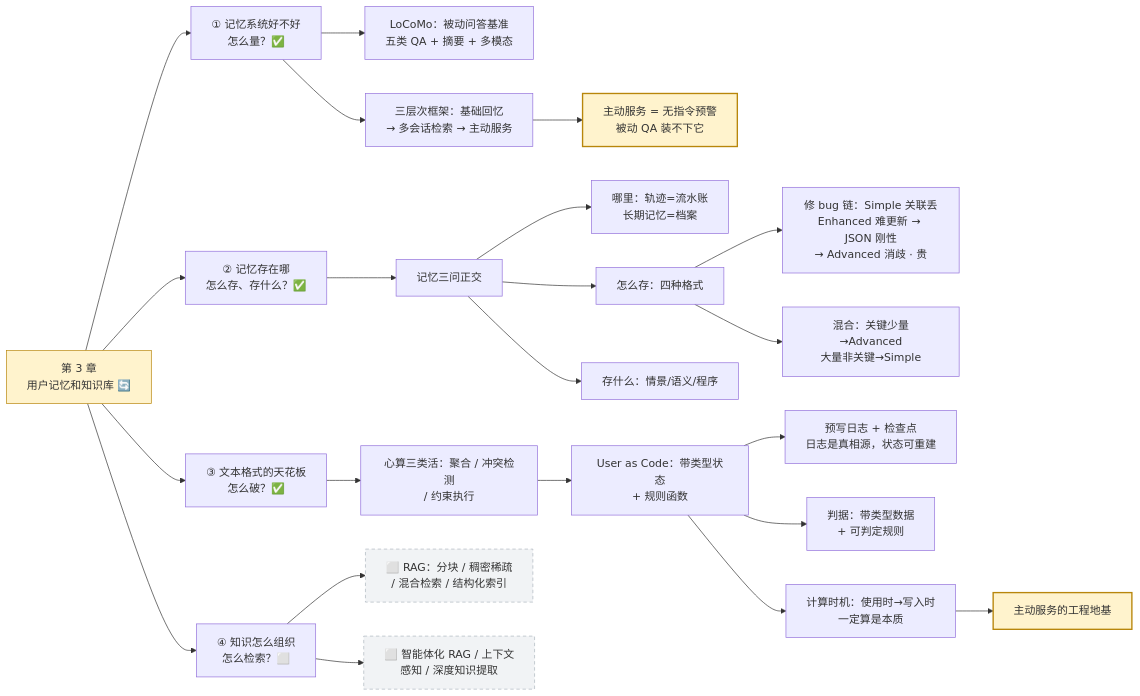
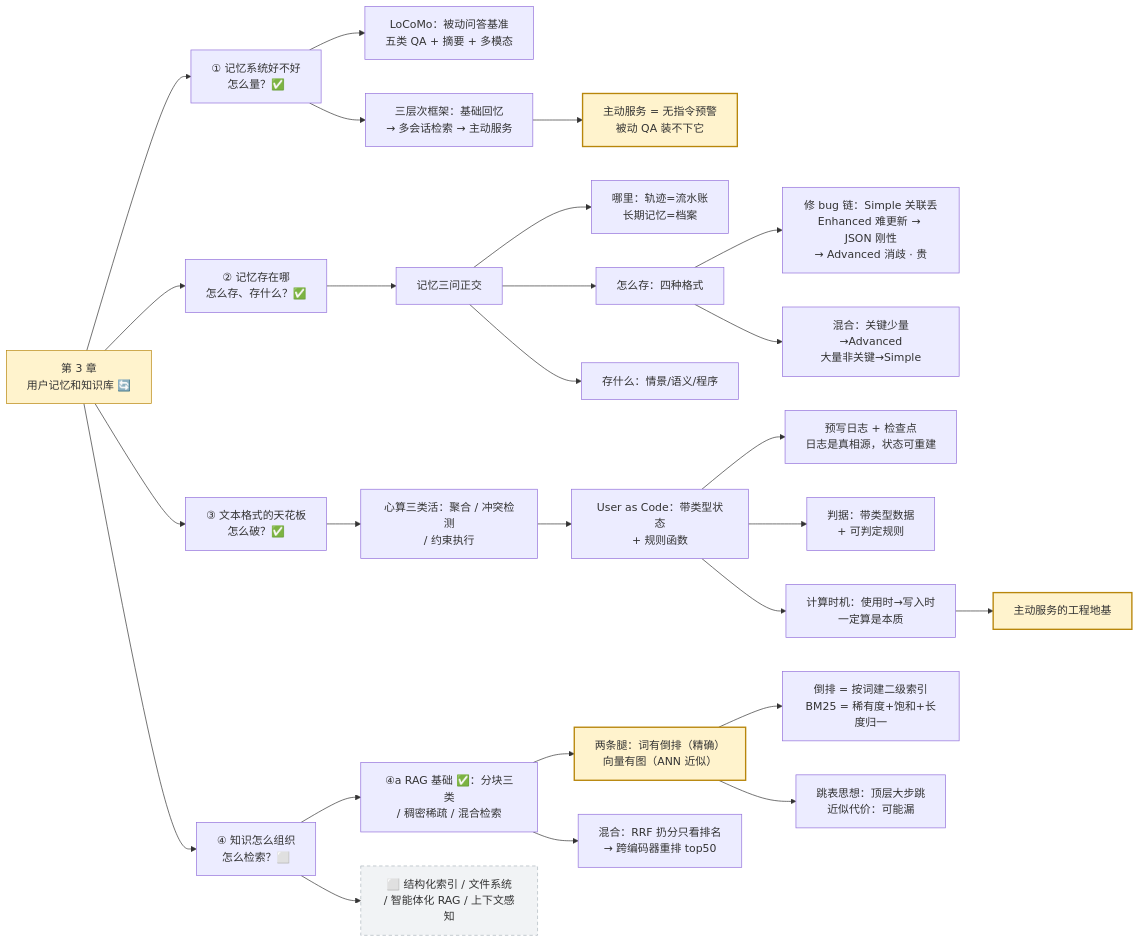
The fourth of 4 diagrams in source/agent-book/index.md (dongxuanmang/dongxuanmang.github.io), drawn with Mermaid before and after one commit. The commit also changed other lines of this file and 5 other files, not shown here.

Commit message:
post: 第 3 章 RAG 基础篇（第十二篇），知识图谱页 RAG 区块点亮

```diff
--- a/source/agent-book/index.md
+++ b/source/agent-book/index.md
@@ -153,34 +153,39 @@
 {% mermaid %}
 graph LR
     CH3["第 3 章<br/>用户记忆和知识库 🔄"] --> Q1["① 记忆系统好不好<br/>怎么量？✅"]
     CH3 --> Q2["② 记忆存在哪<br/>怎么存、存什么？✅"]
     CH3 --> Q3["③ 文本格式的天花板<br/>怎么破？✅"]
     CH3 --> Q4["④ 知识怎么组织<br/>怎么检索？⬜"]
 
     Q1 --> A1["LoCoMo：被动问答基准<br/>五类 QA + 摘要 + 多模态"]
     Q1 --> A2["三层次框架：基础回忆<br/>→ 多会话检索 → 主动服务"]
     A2 --> A3["主动服务 = 无指令预警<br/>被动 QA 装不下它"]
 
     Q2 --> B1["记忆三问正交"]
     B1 --> B11["哪里：轨迹=流水账<br/>长期记忆=档案"]
     B1 --> B12["怎么存：四种格式"]
     B1 --> B13["存什么：情景/语义/程序"]
     B12 --> B14["修 bug 链：Simple 关联丢<br/>Enhanced 难更新 → JSON 刚性<br/>→ Advanced 消歧 · 贵"]
     B12 --> B15["混合：关键少量→Advanced<br/>大量非关键→Simple"]
 
     Q3 --> C1["心算三类活：聚合 / 冲突检测<br/>/ 约束执行"]
     C1 --> C2["User as Code：带类型状态<br/>+ 规则函数"]
     C2 --> C3["预写日志 + 检查点<br/>日志是真相源，状态可重建"]
     C2 --> C4["判据：带类型数据<br/>+ 可判定规则"]
     C2 --> C5["计算时机：使用时→写入时<br/>一定算是本质"]
     C5 --> C6["主动服务的工程地基"]
 
-    Q4 --> D1["⬜ RAG：分块 / 稠密稀疏<br/>/ 混合检索 / 结构化索引"]
-    Q4 --> D2["⬜ 智能体化 RAG / 上下文<br/>感知 / 深度知识提取"]
+    Q4 --> D1["④a RAG 基础 ✅：分块三类<br/>/ 稠密稀疏 / 混合检索"]
+    Q4 --> D2["⬜ 结构化索引 / 文件系统<br/>/ 智能体化 RAG / 上下文感知"]
+
+    D1 --> D11["两条腿：词有倒排（精确）<br/>向量有图（ANN 近似）"]
+    D11 --> D12["倒排 = 按词建二级索引<br/>BM25 = 稀有度+饱和+长度归一"]
+    D11 --> D13["跳表思想：顶层大步跳<br/>近似代价：可能漏"]
+    D1 --> D14["混合：RRF 扔分只看排名<br/>→ 跨编码器重排 top50"]
 
     style CH3 fill:#fff3cd,stroke:#b8860b
     style A3 fill:#fff3cd,stroke:#b8860b,stroke-width:2px
     style C6 fill:#fff3cd,stroke:#b8860b,stroke-width:2px
-    style D1 fill:#f1f3f5,stroke:#adb5bd,stroke-dasharray:5 4
+    style D11 fill:#fff3cd,stroke:#b8860b,stroke-width:2px
     style D2 fill:#f1f3f5,stroke:#adb5bd,stroke-dasharray:5 4
 {% endmermaid %}
```
